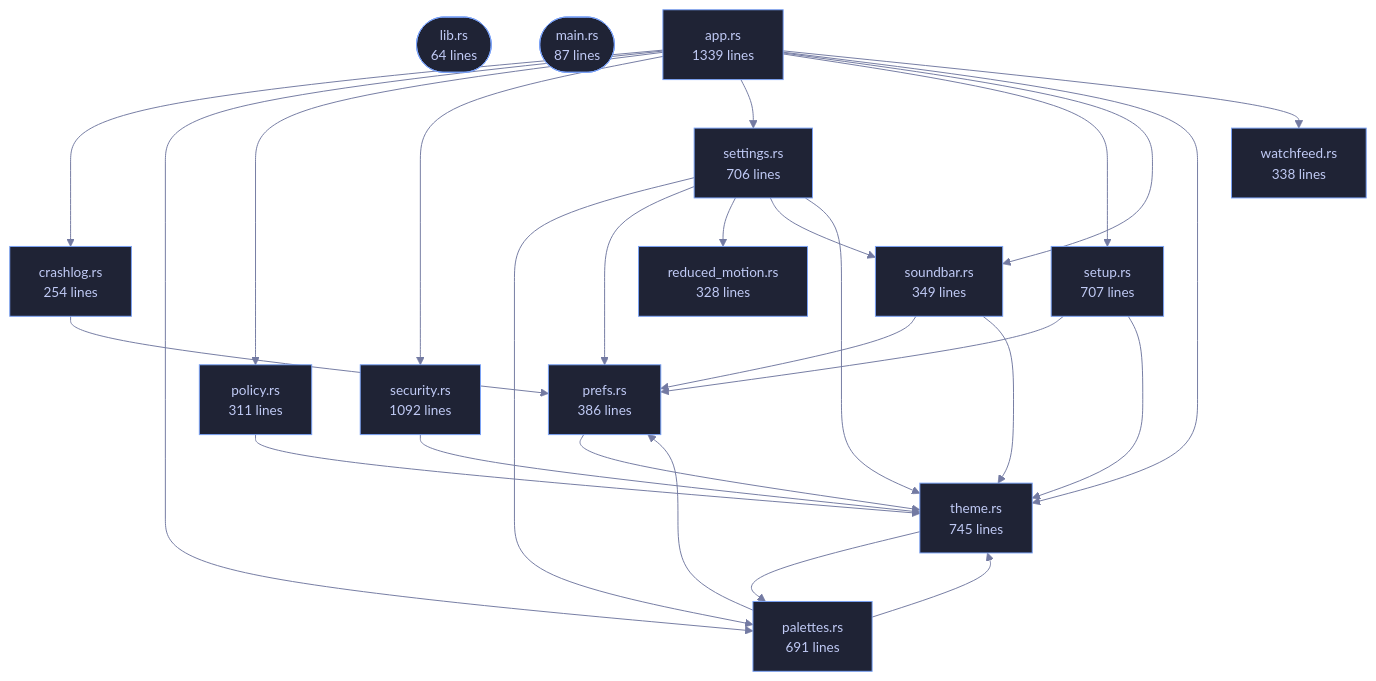
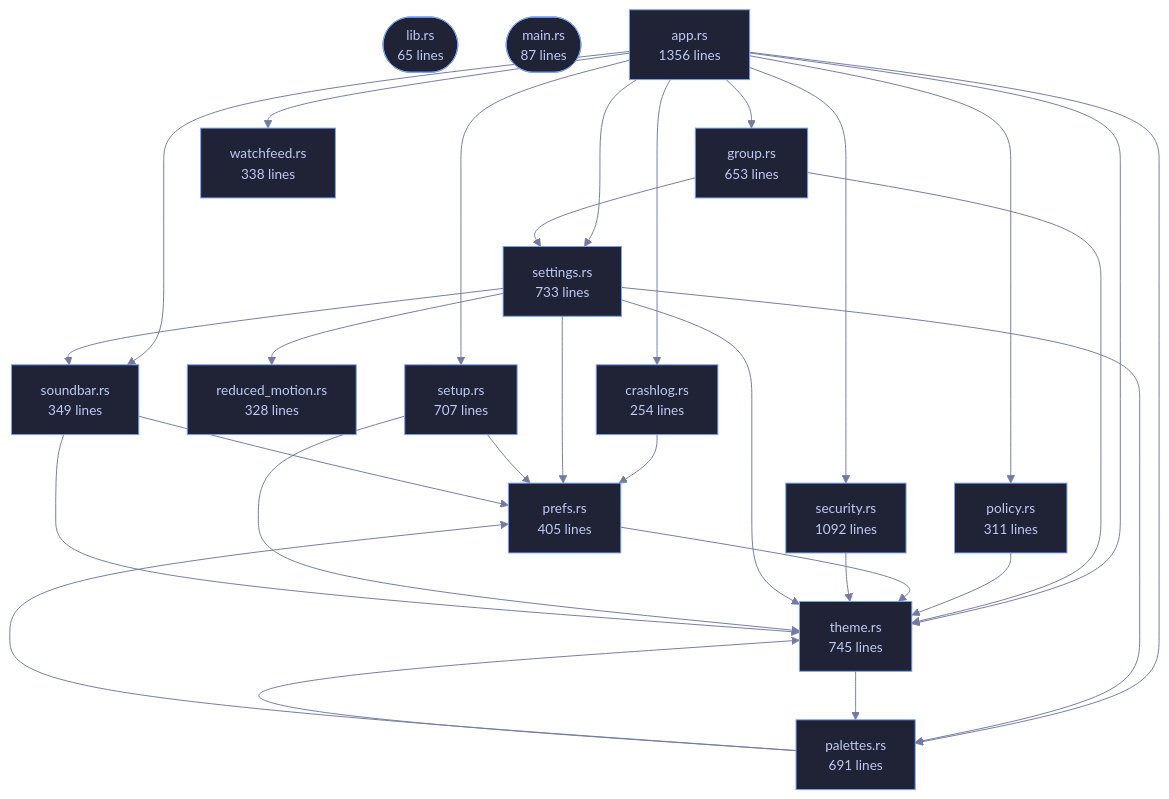
Before and after one commit to tilas01/veilvoice: the diagram in crates/veilvoice-gui/README.md, drawn with Mermaid. The commit also changed other lines of this file and 37 other files, not shown here.

````diff
--- a/crates/veilvoice-gui/README.md
+++ b/crates/veilvoice-gui/README.md
@@ -81,57 +81,62 @@
 ```mermaid
 %%{init: {"theme":"base","themeVariables":{"background":"#1a1b26","primaryColor":"#1f2335","primaryTextColor":"#c0caf5","primaryBorderColor":"#7aa2f7","secondaryColor":"#16161e","tertiaryColor":"#16161e","lineColor":"#737aa2","textColor":"#c0caf5","mainBkg":"#1f2335","nodeBorder":"#7aa2f7","clusterBkg":"#16161e","clusterBorder":"#2f3549","fontFamily":"ui-monospace, SFMono-Regular, Consolas, monospace","fontSize":"14px"}}}%%
 flowchart TD
-    n_lib(["lib.rs<br/>64 lines"])
+    n_lib(["lib.rs<br/>65 lines"])
     n_main(["main.rs<br/>87 lines"])
-    n_app["app.rs<br/>1339 lines"]
+    n_app["app.rs<br/>1356 lines"]
     n_crashlog["crashlog.rs<br/>254 lines"]
+    n_group["group.rs<br/>653 lines"]
     n_palettes["palettes.rs<br/>691 lines"]
     n_policy["policy.rs<br/>311 lines"]
-    n_prefs["prefs.rs<br/>386 lines"]
+    n_prefs["prefs.rs<br/>405 lines"]
     n_reduced_motion["reduced_motion.rs<br/>328 lines"]
     n_security["security.rs<br/>1092 lines"]
-    n_settings["settings.rs<br/>706 lines"]
+    n_settings["settings.rs<br/>733 lines"]
     n_setup["setup.rs<br/>707 lines"]
     n_soundbar["soundbar.rs<br/>349 lines"]
     n_theme["theme.rs<br/>745 lines"]
     n_watchfeed["watchfeed.rs<br/>338 lines"]
     n_app --> n_crashlog
+    n_app --> n_group
     n_app --> n_palettes
     n_app --> n_policy
     n_app --> n_security
     n_app --> n_settings
     n_app --> n_setup
     n_app --> n_soundbar
     n_app --> n_theme
     n_app --> n_watchfeed
     n_crashlog --> n_prefs
+    n_group --> n_settings
+    n_group --> n_theme
     n_palettes --> n_prefs
     n_palettes --> n_theme
     n_policy --> n_theme
     n_prefs --> n_theme
     n_security --> n_theme
     n_settings --> n_palettes
     n_settings --> n_prefs
     n_settings --> n_reduced_motion
     n_settings --> n_soundbar
     n_settings --> n_theme
     n_setup --> n_prefs
     n_setup --> n_theme
     n_soundbar --> n_prefs
     n_soundbar --> n_theme
     n_theme --> n_palettes
     click n_lib href "https://github.com/tilas01/veilvoice/blob/main/crates/veilvoice-gui/src/lib.rs" "open the source"
     click n_main href "https://github.com/tilas01/veilvoice/blob/main/crates/veilvoice-gui/src/main.rs" "open the source"
     click n_app href "https://github.com/tilas01/veilvoice/blob/main/crates/veilvoice-gui/src/app.rs" "open the source"
     click n_crashlog href "https://github.com/tilas01/veilvoice/blob/main/crates/veilvoice-gui/src/crashlog.rs" "open the source"
+    click n_group href "https://github.com/tilas01/veilvoice/blob/main/crates/veilvoice-gui/src/group.rs" "open the source"
     click n_palettes href "https://github.com/tilas01/veilvoice/blob/main/crates/veilvoice-gui/src/palettes.rs" "open the source"
     click n_policy href "https://github.com/tilas01/veilvoice/blob/main/crates/veilvoice-gui/src/policy.rs" "open the source"
     click n_prefs href "https://github.com/tilas01/veilvoice/blob/main/crates/veilvoice-gui/src/prefs.rs" "open the source"
     click n_reduced_motion href "https://github.com/tilas01/veilvoice/blob/main/crates/veilvoice-gui/src/reduced_motion.rs" "open the source"
     click n_security href "https://github.com/tilas01/veilvoice/blob/main/crates/veilvoice-gui/src/security.rs" "open the source"
     click n_settings href "https://github.com/tilas01/veilvoice/blob/main/crates/veilvoice-gui/src/settings.rs" "open the source"
     click n_setup href "https://github.com/tilas01/veilvoice/blob/main/crates/veilvoice-gui/src/setup.rs" "open the source"
     click n_soundbar href "https://github.com/tilas01/veilvoice/blob/main/crates/veilvoice-gui/src/soundbar.rs" "open the source"
     click n_theme href "https://github.com/tilas01/veilvoice/blob/main/crates/veilvoice-gui/src/theme.rs" "open the source"
     click n_watchfeed href "https://github.com/tilas01/veilvoice/blob/main/crates/veilvoice-gui/src/watchfeed.rs" "open the source"
 ```
````
